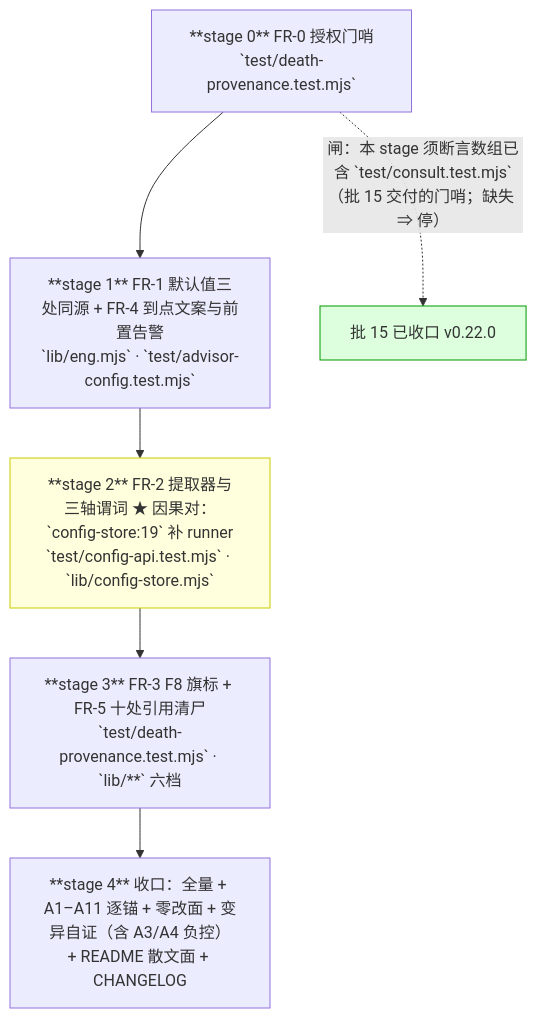
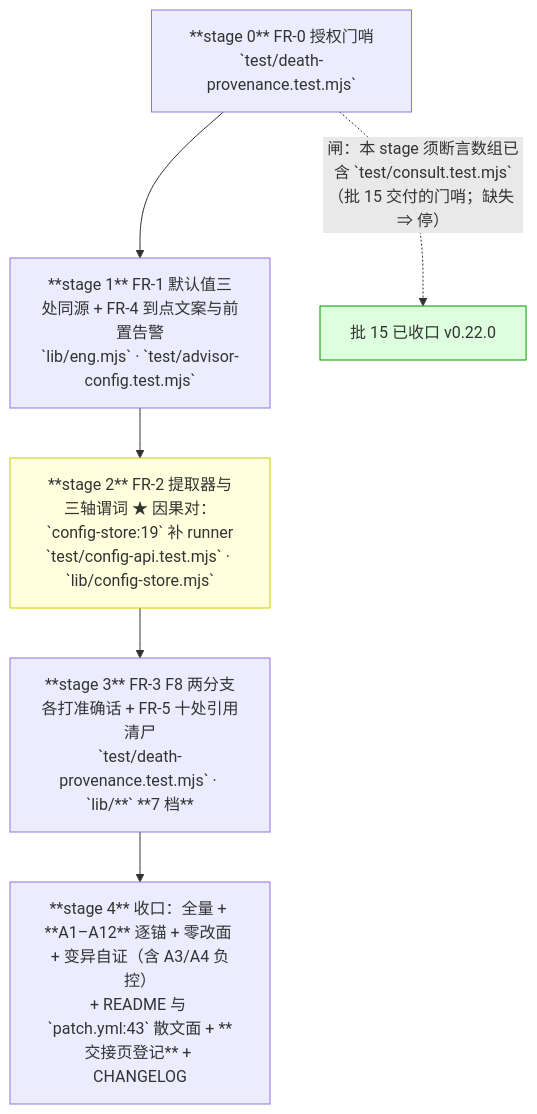
One commit to shenhuanageshei/dsh-thincoder-suite changed the third of 3 diagrams in docs/2026-09-15-config-surface-design.md. Above: the diagram before and after it, drawn with Mermaid. The commit also changed other lines of this file, not shown here.

````diff
--- a/docs/2026-09-15-config-surface-design.md
+++ b/docs/2026-09-15-config-surface-design.md
@@ -442,11 +443,11 @@
 ```mermaid
 flowchart TD
   S0["**stage 0** FR-0 授权门哨<br/>`test/death-provenance.test.mjs`"] --> S1
   S1["**stage 1** FR-1 默认值三处同源 + FR-4 到点文案与前置告警<br/>`lib/eng.mjs` · `test/advisor-config.test.mjs`"] --> S2
   S2["**stage 2** FR-2 提取器与三轴谓词 ★ 因果对：`config-store:19` 补 runner<br/>`test/config-api.test.mjs` · `lib/config-store.mjs`"] --> S3
-  S3["**stage 3** FR-3 F8 旗标 + FR-5 十处引用清尸<br/>`test/death-provenance.test.mjs` · `lib/**` 六档"] --> S4
-  S4["**stage 4** 收口：全量 + A1–A11 逐锚 + 零改面 + 变异自证（含 A3/A4 负控）<br/>+ README 散文面 + CHANGELOG"]
+  S3["**stage 3** FR-3 F8 两分支各打准确话 + FR-5 十处引用清尸<br/>`test/death-provenance.test.mjs` · `lib/**` **7 档**"] --> S4
+  S4["**stage 4** 收口：全量 + **A1–A12** 逐锚 + 零改面 + 变异自证（含 A3/A4 负控）<br/>+ README 与 `patch.yml:43` 散文面 + **交接页登记** + CHANGELOG"]
   S0 -. "闸：本 stage 须断言数组已含 `test/consult.test.mjs`<br/>（批 15 交付的门哨；缺失 ⇒ 停）" .-> GATE["批 15 已收口 v0.22.0"]
   style GATE fill:#dfd,stroke:#090
   style S2 fill:#ffd,stroke:#cc0
 ```
````
